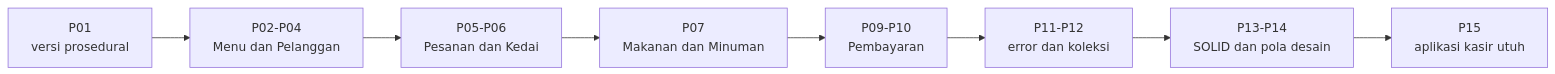
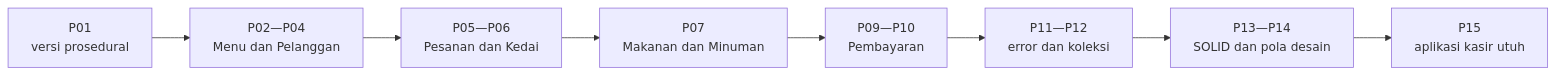
One commit to antonprafanto/PBO2026 changed the second of 3 diagrams in README.md. Above: the diagram before and after it, drawn with Mermaid. The commit also changed other lines of this file and 291 other files, not shown here.

````diff
--- a/README.md
+++ b/README.md
@@ -138,10 +138,10 @@
 ```mermaid
 flowchart LR
-    A["P01<br/>versi prosedural"] --> B["P02-P04<br/>Menu dan Pelanggan"]
-    B --> C["P05-P06<br/>Pesanan dan Kedai"]
+    A["P01<br/>versi prosedural"] --> B["P02—P04<br/>Menu dan Pelanggan"]
+    B --> C["P05—P06<br/>Pesanan dan Kedai"]
     C --> D["P07<br/>Makanan dan Minuman"]
-    D --> E["P09-P10<br/>Pembayaran"]
-    E --> F["P11-P12<br/>error dan koleksi"]
-    F --> G["P13-P14<br/>SOLID dan pola desain"]
+    D --> E["P09—P10<br/>Pembayaran"]
+    E --> F["P11—P12<br/>error dan koleksi"]
+    F --> G["P13—P14<br/>SOLID dan pola desain"]
     G --> H["P15<br/>aplikasi kasir utuh"]
 ```
````
